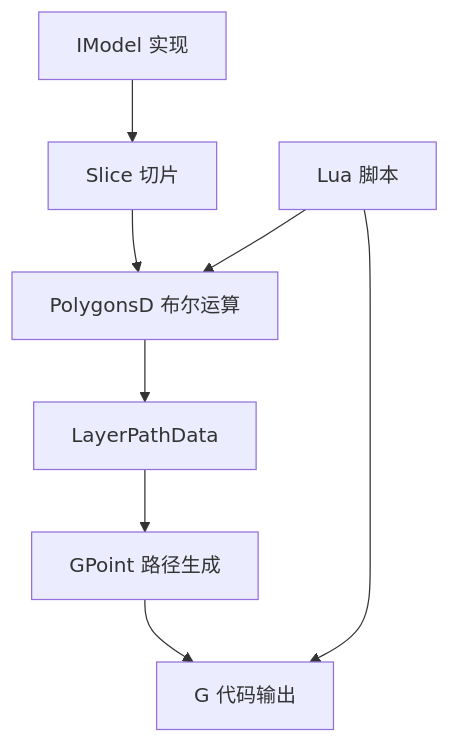
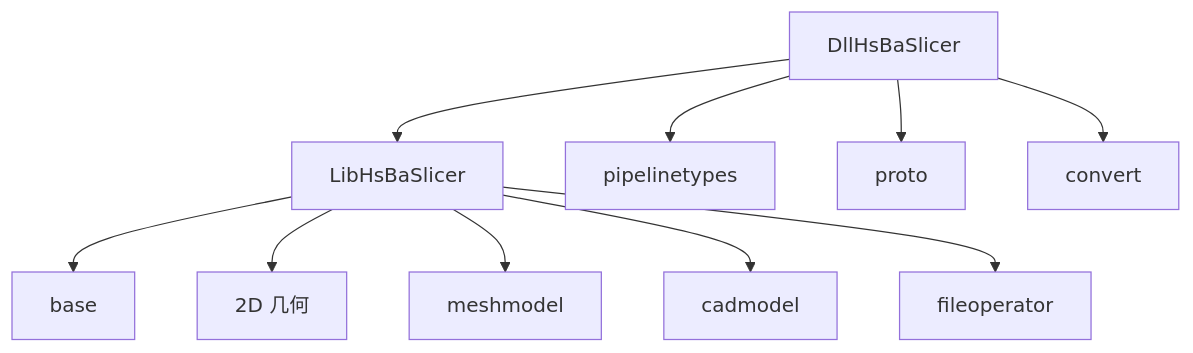
One commit to hsmbanlance/HsBaSlicer changed the seventh of 7 diagrams in .qoder/repowiki/zh/content/核心概念/核心概念.md. Above: the diagram before and after it, drawn with Mermaid. The commit also changed other lines of this file and 1095 other files, not shown here.

````diff
--- a/.qoder/repowiki/zh/content/核心概念/核心概念.md
+++ b/.qoder/repowiki/zh/content/核心概念/核心概念.md
@@ -402,10 +379,12 @@
 ```mermaid
 graph TB
-M["IModel 实现"] --> S["Slice 切片"]
-S --> P["PolygonsD 布尔运算"]
-P --> L["LayerPathData"]
-L --> G["GPoint 路径生成"]
-G --> O["G 代码输出"]
-U["Lua 脚本"] --> P
-U --> O
+Dll["DllHsBaSlicer"] --> Lib["LibHsBaSlicer"]
+Lib --> Base["base"]
+Lib --> TwoD["2D 几何"]
+Lib --> Mesh["meshmodel"]
+Lib --> Cad["cadmodel"]
+Dll --> Types["pipelinetypes"]
+Dll --> Proto["proto"]
+Dll --> Convert["convert"]
+Lib --> Store["fileoperator"]
 ```
````
